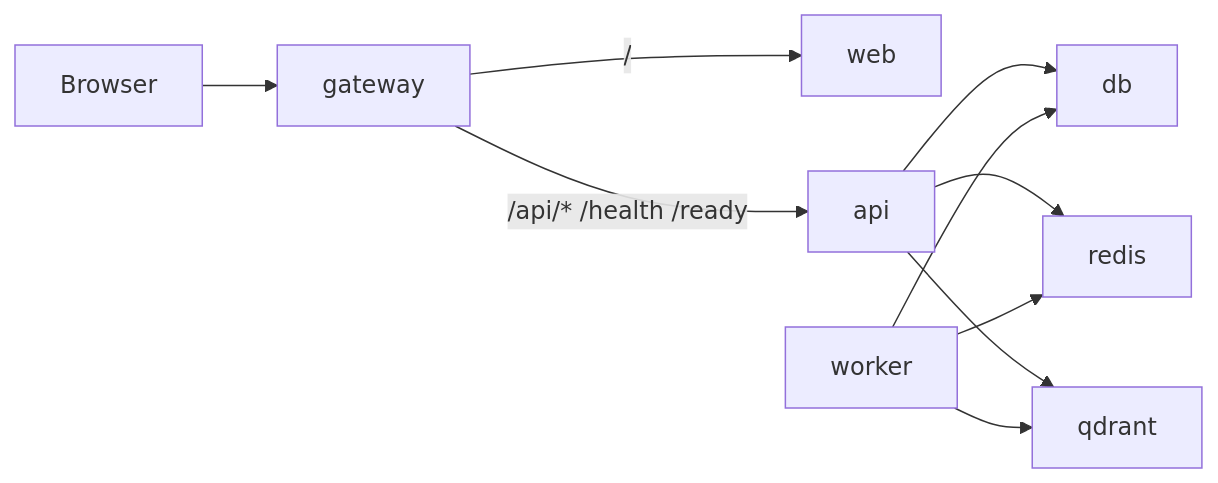
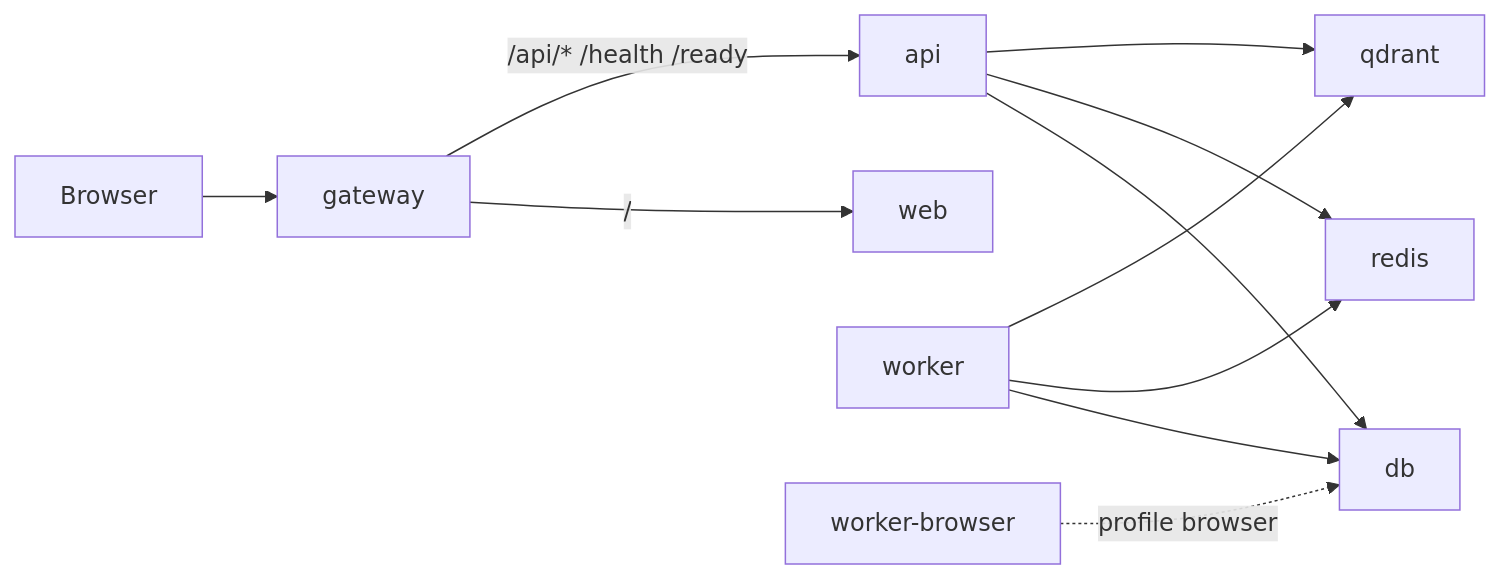
The diagram in docs/microservices.md (paraspahwa/Codeforge), drawn with Mermaid before and after one commit. The commit also changed other lines of this file and 115 other files, not shown here.

````diff
--- a/docs/microservices.md
+++ b/docs/microservices.md
@@ -17,12 +18,13 @@
 ```mermaid
 flowchart LR
   Browser --> gateway
   gateway -->|"/"| web
   gateway -->|"/api/* /health /ready"| api
   api --> db
   api --> redis
   api --> qdrant
   worker --> db
   worker --> redis
   worker --> qdrant
+  worker-browser -.->|profile browser| db
 ```
````
